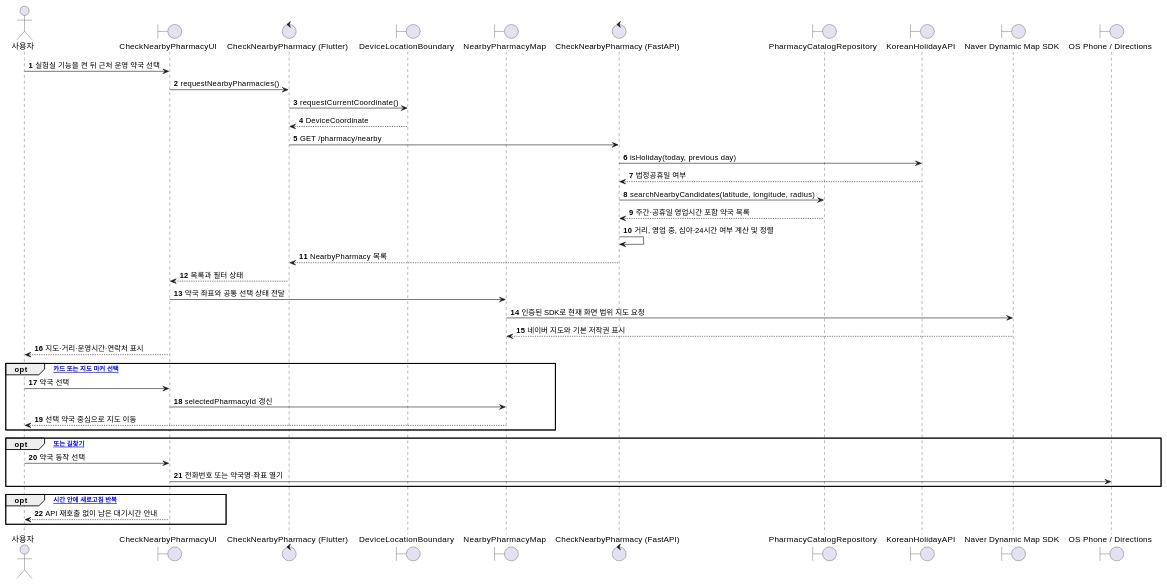
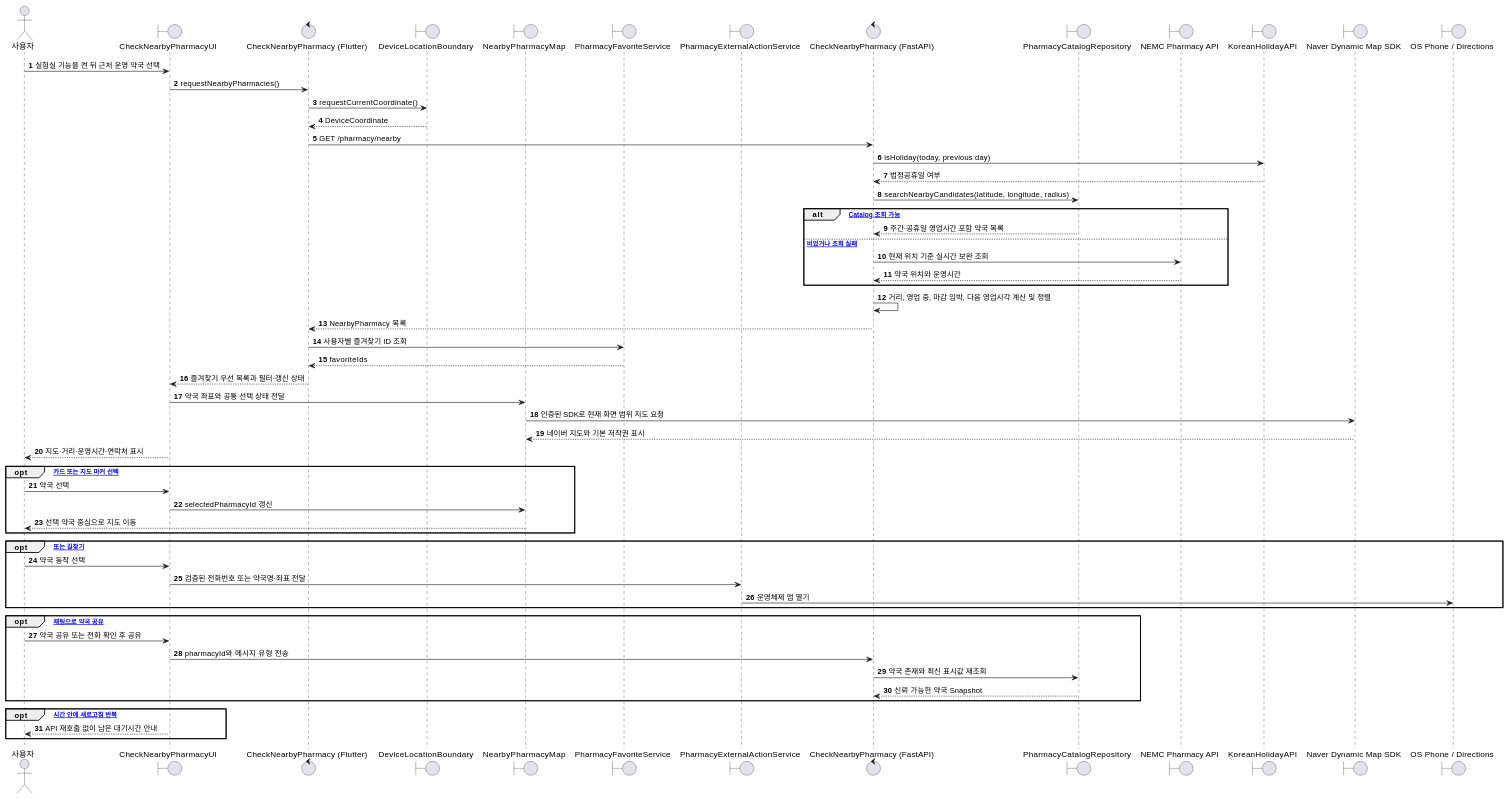
The ninth of 10 diagrams in docs/MedBuddy - Sequence Diagrams.md (1window2/MedBuddy), drawn with PlantUML before and after one commit. The commit also changed other lines of this file and 11 other files, not shown here.

````diff
--- a/docs/MedBuddy - Sequence Diagrams.md
+++ b/docs/MedBuddy - Sequence Diagrams.md
@@ -1092,44 +1094,61 @@
 ```plantuml
 @startuml SD09_Nearby_Pharmacy
 autonumber
 actor "사용자" as User
 boundary "CheckNearbyPharmacyUI" as UI
 control "CheckNearbyPharmacy (Flutter)" as FE
 boundary "DeviceLocationBoundary" as Location
 boundary "NearbyPharmacyMap" as Map
+boundary "PharmacyFavoriteService" as Favorite
+boundary "PharmacyExternalActionService" as ExternalAction
 control "CheckNearbyPharmacy (FastAPI)" as BE
 boundary "PharmacyCatalogRepository" as Catalog
+boundary "NEMC Pharmacy API" as PharmacyAPI
 boundary "KoreanHolidayAPI" as HolidayAPI
 boundary "Naver Dynamic Map SDK" as NaverMap
 boundary "OS Phone / Directions" as ExternalApp
 
 User -> UI : 실험실 기능을 켠 뒤 근처 운영 약국 선택
 UI -> FE : requestNearbyPharmacies()
 FE -> Location : requestCurrentCoordinate()
 Location --> FE : DeviceCoordinate
 FE -> BE : GET /pharmacy/nearby
 BE -> HolidayAPI : isHoliday(today, previous day)
 HolidayAPI --> BE : 법정공휴일 여부
 BE -> Catalog : searchNearbyCandidates(latitude, longitude, radius)
-Catalog --> BE : 주간·공휴일 영업시간 포함 약국 목록
-BE -> BE : 거리, 영업 중, 심야·24시간 여부 계산 및 정렬
+alt [지역 Catalog 조회 가능]
+  Catalog --> BE : 주간·공휴일 영업시간 포함 약국 목록
+else [Catalog가 비었거나 조회 실패]
+  BE -> PharmacyAPI : 현재 위치 기준 실시간 보완 조회
+  PharmacyAPI --> BE : 약국 위치와 운영시간
+end
+BE -> BE : 거리, 영업 중, 마감 임박, 다음 영업시각 계산 및 정렬
 BE --> FE : NearbyPharmacy 목록
-FE --> UI : 목록과 필터 상태
+FE -> Favorite : 사용자별 즐겨찾기 ID 조회
+Favorite --> FE : favoriteIds
+FE --> UI : 즐겨찾기 우선 목록과 필터·갱신 상태
 UI -> Map : 약국 좌표와 공통 선택 상태 전달
 Map -> NaverMap : 인증된 SDK로 현재 화면 범위 지도 요청
 NaverMap --> Map : 네이버 지도와 기본 저작권 표시
 UI --> User : 지도·거리·운영시간·연락처 표시
 opt [약국 카드 또는 지도 마커 선택]
   User -> UI : 약국 선택
   UI -> Map : selectedPharmacyId 갱신
   Map --> User : 선택 약국 중심으로 지도 이동
 end
 opt [전화 또는 길찾기]
   User -> UI : 약국 동작 선택
-  UI -> ExternalApp : 전화번호 또는 약국명·좌표 열기
+  UI -> ExternalAction : 검증된 전화번호 또는 약국명·좌표 전달
+  ExternalAction -> ExternalApp : 운영체제 앱 열기
+end
+opt [연동 채팅으로 약국 공유]
+  User -> UI : 약국 공유 또는 전화 확인 후 공유
+  UI -> BE : pharmacyId와 메시지 유형 전송
+  BE -> Catalog : 약국 존재와 최신 표시값 재조회
+  Catalog --> BE : 신뢰 가능한 약국 Snapshot
 end
 opt [짧은 시간 안에 새로고침 반복]
   UI --> User : API 재호출 없이 남은 대기시간 안내
 end
 @enduml
 ```
````
